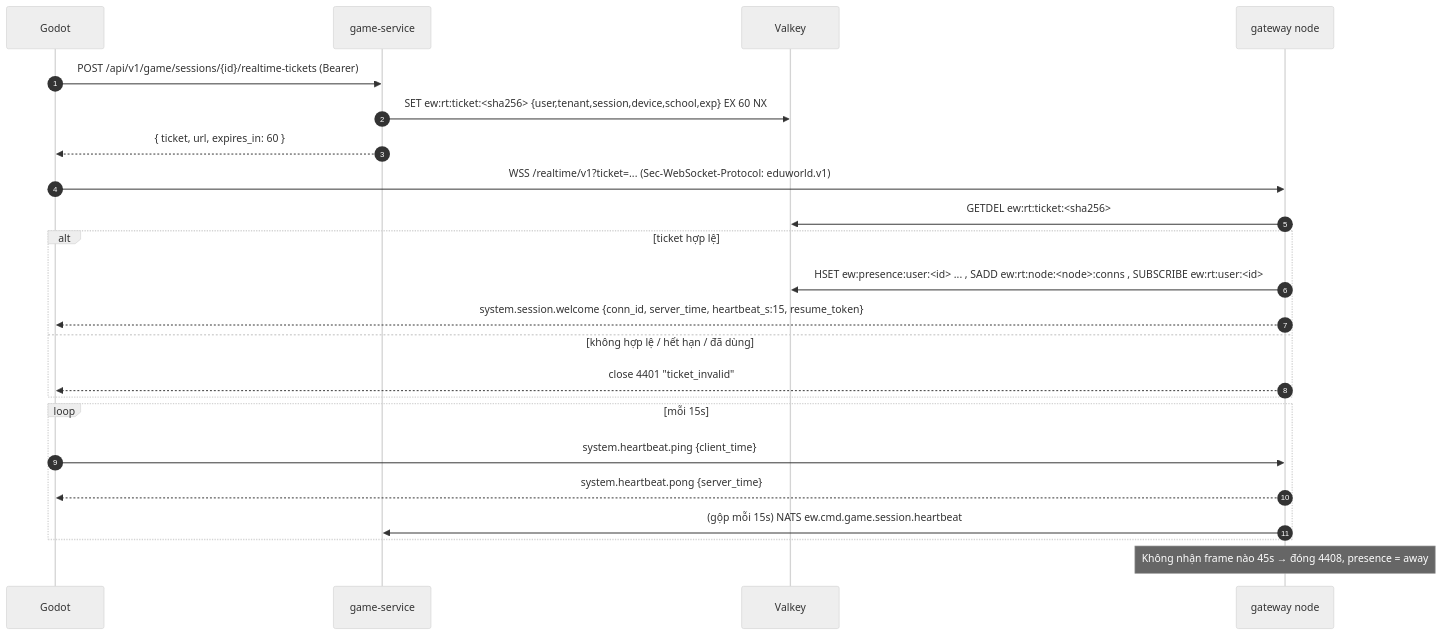
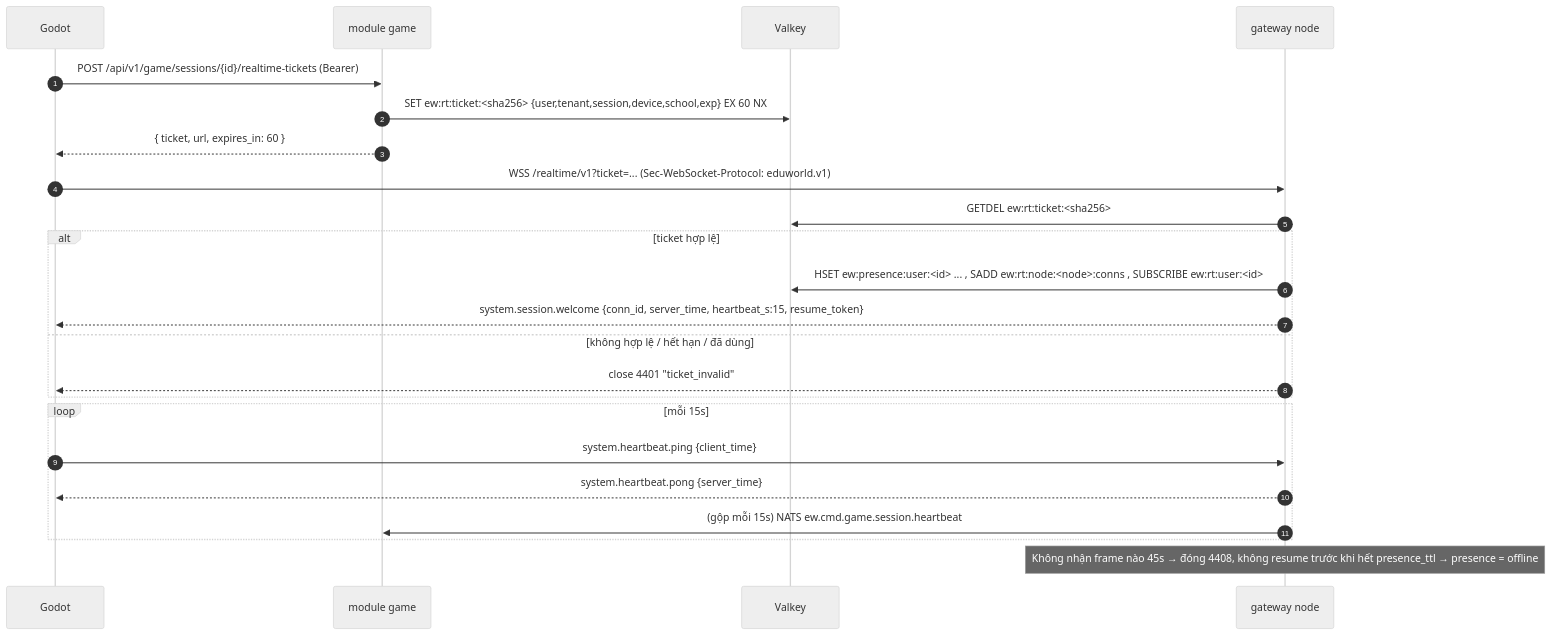
One commit to tanguyen2020/eduworld-platform changed the second of 6 diagrams in docs/06-architecture/REALTIME_ARCHITECTURE.md. Above: the diagram before and after it, drawn with Mermaid (neutral theme). The commit also changed other lines of this file and 922 other files, not shown here.

````diff
--- a/docs/06-architecture/REALTIME_ARCHITECTURE.md
+++ b/docs/06-architecture/REALTIME_ARCHITECTURE.md
@@ -71,25 +77,25 @@
 ```mermaid
 sequenceDiagram
   autonumber
   participant G as Godot
-  participant GAM as game-service
+  participant GAM as module game
   participant VK as Valkey
   participant GW as gateway node
   G->>GAM: POST /api/v1/game/sessions/{id}/realtime-tickets (Bearer)
   GAM->>VK: SET ew:rt:ticket:<sha256> {user,tenant,session,device,school,exp} EX 60 NX
   GAM-->>G: { ticket, url, expires_in: 60 }
   G->>GW: WSS /realtime/v1?ticket=...  (Sec-WebSocket-Protocol: eduworld.v1)
   GW->>VK: GETDEL ew:rt:ticket:<sha256>
   alt ticket hợp lệ
     GW->>VK: HSET ew:presence:user:<id> ... , SADD ew:rt:node:<node>:conns , SUBSCRIBE ew:rt:user:<id>
     GW-->>G: system.session.welcome {conn_id, server_time, heartbeat_s:15, resume_token}
   else không hợp lệ / hết hạn / đã dùng
     GW-->>G: close 4401 "ticket_invalid"
   end
   loop mỗi 15s
     G->>GW: system.heartbeat.ping {client_time}
     GW-->>G: system.heartbeat.pong {server_time}
     GW->>GAM: (gộp mỗi 15s) NATS ew.cmd.game.session.heartbeat
   end
-  Note over GW: Không nhận frame nào 45s → đóng 4408, presence = away
+  Note over GW: Không nhận frame nào 45s → đóng 4408, không resume trước khi hết presence_ttl → presence = offline
 ```
````
